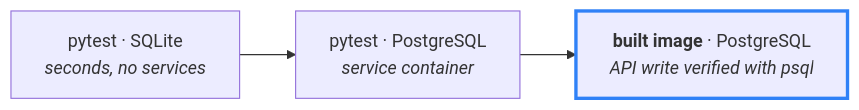
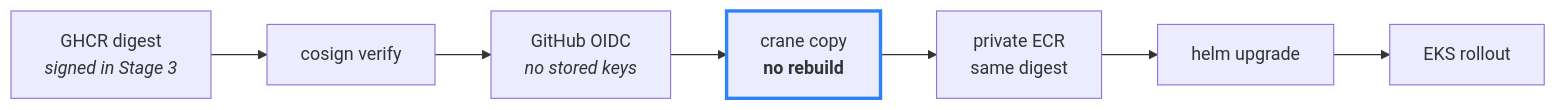
One commit to gcodiac/python-to-production changed the fourth of 4 diagrams in README.md. Above: the diagram before and after it, drawn with Mermaid. The commit also changed other lines of this file and 1 other file, not shown here.

````diff
--- a/README.md
+++ b/README.md
@@ -43,6 +63,9 @@
 ```mermaid
 flowchart LR
-    T1["pytest · SQLite<br/><i>seconds, no services</i>"] --> T2["pytest · PostgreSQL<br/><i>service container</i>"]
-    T2 --> T3["<b>built image</b> · PostgreSQL<br/><i>API write verified with psql</i>"]
-    style T3 stroke:#2f81f7,stroke-width:3px
+    G["GHCR digest<br/><i>signed in Stage 3</i>"] --> V["cosign verify"]
+    V --> O["GitHub OIDC<br/><i>no stored keys</i>"]
+    O --> C["crane copy<br/><b>no rebuild</b>"]
+    C --> E["private ECR<br/>same digest"]
+    E --> H["helm upgrade"] --> K["EKS rollout"]
+    style C stroke:#2f81f7,stroke-width:3px
 ```
````
